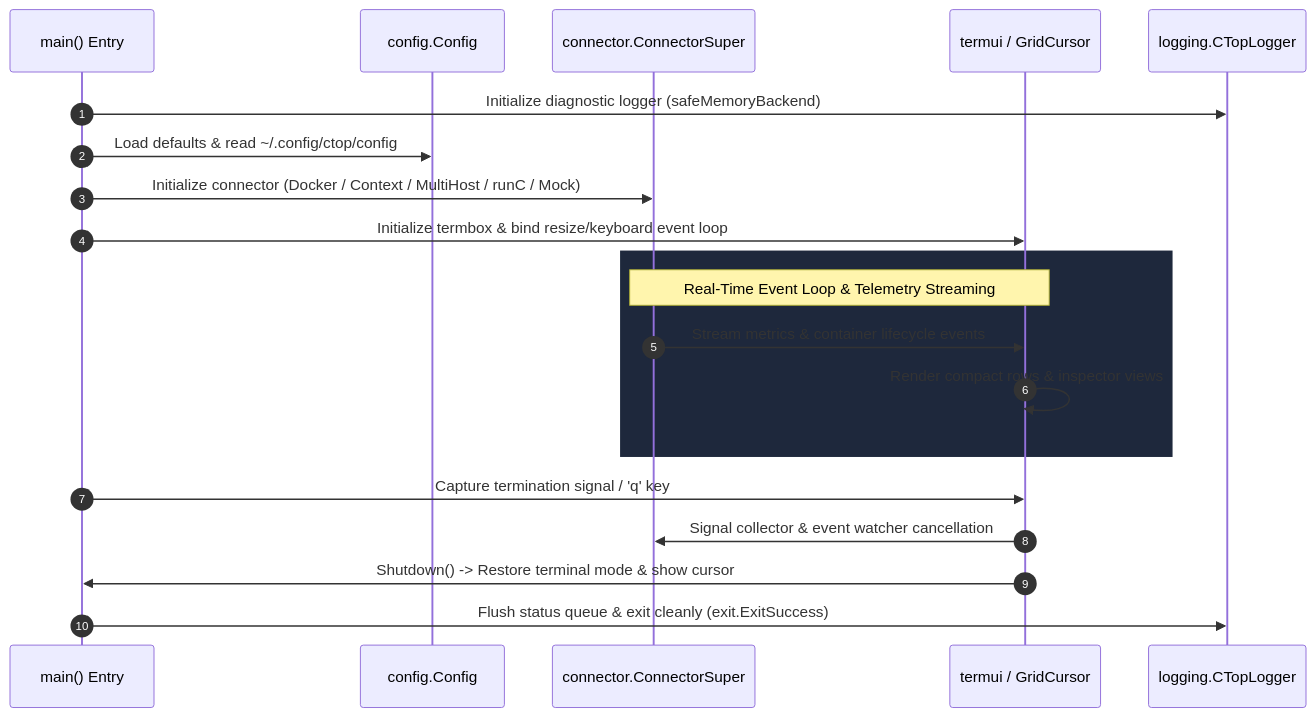
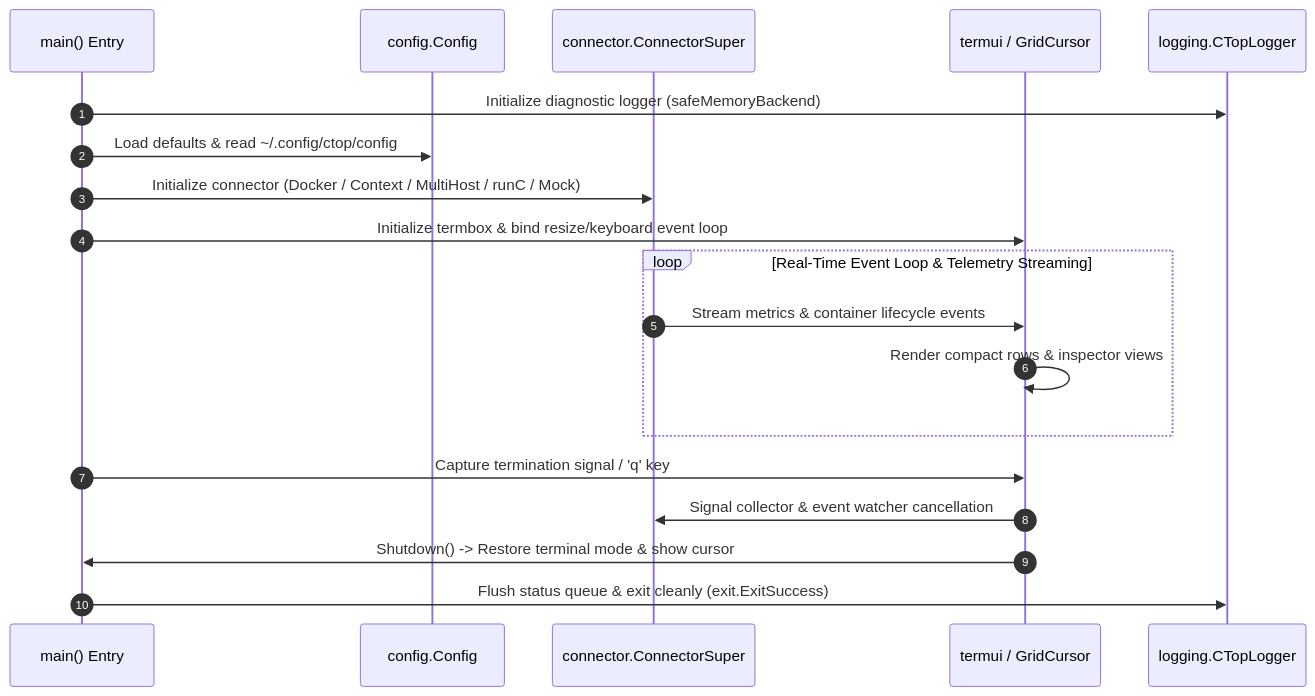
One commit to edsilegxrepo/ctop changed the second of 2 diagrams in ARCHITECTURE.md. Above: the diagram before and after it, drawn with Mermaid. The commit also changed other lines of this file and 34 other files, not shown here.

````diff
--- a/ARCHITECTURE.md
+++ b/ARCHITECTURE.md
@@ -161,25 +165,24 @@
 ```mermaid
 sequenceDiagram
     autonumber
     participant CLI as main() Entry
     participant Cfg as config.Config
     participant Conn as connector.ConnectorSuper
     participant TUI as termui / GridCursor
     participant Log as logging.CTopLogger
 
     CLI->>Log: Initialize diagnostic logger (safeMemoryBackend)
     CLI->>Cfg: Load defaults & read ~/.config/ctop/config
     CLI->>Conn: Initialize connector (Docker / Context / MultiHost / runC / Mock)
     CLI->>TUI: Initialize termbox & bind resize/keyboard event loop
     
-    rect rgb(30, 40, 60)
-        Note over Conn,TUI: Real-Time Event Loop & Telemetry Streaming
+    loop Real-Time Event Loop & Telemetry Streaming
         Conn->>TUI: Stream metrics & container lifecycle events
         TUI->>TUI: Render compact rows & inspector views
     end
 
     CLI->>TUI: Capture termination signal / 'q' key
     TUI->>Conn: Signal collector & event watcher cancellation
     TUI->>CLI: Shutdown() -> Restore terminal mode & show cursor
     CLI->>Log: Flush status queue & exit cleanly (exit.ExitSuccess)
 ```
````
